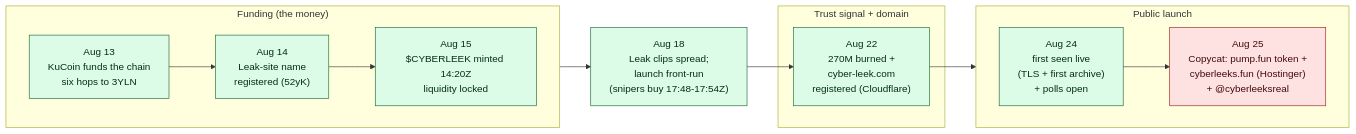
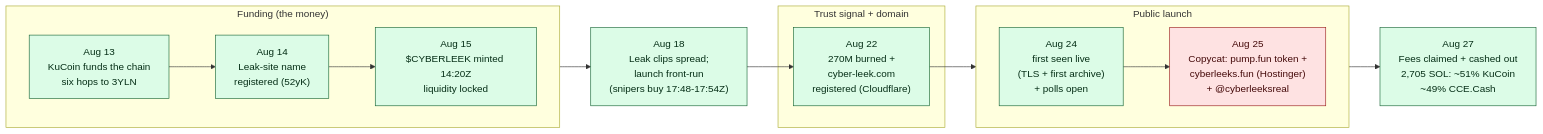
The diagram in README.md (deepwoodssec/FollowTheLeek), drawn with Mermaid before and after one commit. The commit also changed other lines of this file and 13 other files, not shown here.

First line of the commit message:
crypto: trace the 2026-08-27 cash-out end to end

````diff
--- a/README.md
+++ b/README.md
@@ -104,21 +104,21 @@
 ```mermaid
 flowchart LR
     subgraph FUND["Funding (the money)"]
       direction LR
       A13["Aug 13<br/>KuCoin funds the chain<br/>six hops to 3YLN"] --> A14["Aug 14<br/>Leak-site name<br/>registered (52yK)"] --> A15["Aug 15<br/>$CYBERLEEK minted 14:20Z<br/>liquidity locked"]
     end
     subgraph TRUST["Trust signal + domain"]
       A22["Aug 22<br/>270M burned +<br/>cyber-leek.com<br/>registered (Cloudflare)"]
     end
     subgraph LAUNCH["Public launch"]
       direction LR
       A24["Aug 24<br/>first seen live<br/>(TLS + first archive)<br/>+ polls open"] --> A25["Aug 25<br/>Copycat: pump.fun token +<br/>cyberleeks.fun (Hostinger)<br/>+ @cyberleeksreal"]
     end
-    A15 --> A18["Aug 18<br/>Leak clips spread;<br/>launch front-run<br/>(snipers buy 17:48-17:54Z)"] --> A22 --> A24
+    A15 --> A18["Aug 18<br/>Leak clips spread;<br/>launch front-run<br/>(snipers buy 17:48-17:54Z)"] --> A22 --> A24 --> A27["Aug 27<br/>Fees claimed + cashed out<br/>2,705 SOL: ~51% KuCoin<br/>~49% CCE.Cash"]
 
     classDef money fill:#dcfce7,stroke:#166534,color:#052e16;
     classDef persona fill:#fee2e2,stroke:#991b1b,color:#450a0a;
     classDef recon fill:#f3f4f6,stroke:#6b7280,color:#111827;
-    class A13,A14,A15,A18,A22,A24 money;
+    class A13,A14,A15,A18,A22,A24,A27 money;
     class A25 persona;
 ```
````
